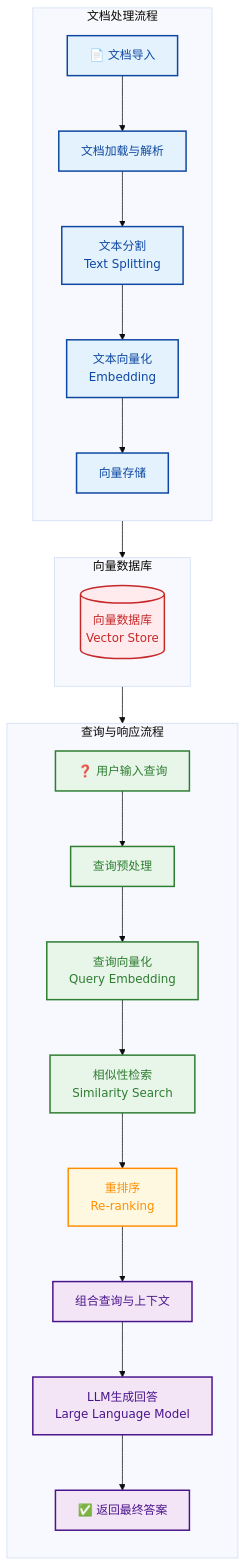
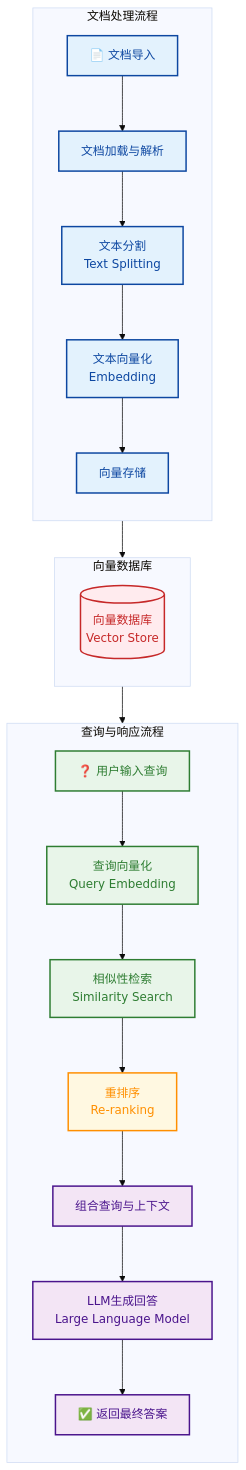
Before and after one commit to Anthonybuer182/ai-chat-rag: the diagram in README.md, drawn with Mermaid (base theme). The commit also changed other lines of this file, not shown here.

````diff
--- a/README.md
+++ b/README.md
@@ -145,49 +145,48 @@
 ```mermaid
 flowchart TD
     %% 左侧列 - 文档处理流程
     subgraph LeftColumn [文档处理流程]
         direction TB
         A1[📄 文档导入] --> A2[文档加载与解析]
         A2 --> A3[文本分割<br>Text Splitting]
         A3 --> A4[文本向量化<br>Embedding]
         A4 --> A5[向量存储]
     end
 
     %% 中间列 - 向量数据库
     subgraph MiddleColumn [向量数据库]
         direction TB
         DB[(向量数据库<br>Vector Store)]
     end
     
     %% 右侧列 - 查询与响应流程
     subgraph RightColumn [查询与响应流程]
         direction TB
-        B1[❓ 用户输入查询] --> B2[查询预处理]
-        B2 --> B3[查询向量化<br>Query Embedding]
+        B1[❓ 用户输入查询] --> B3[查询向量化<br>Query Embedding]
         B3 --> B4[相似性检索<br>Similarity Search]
         B4 --> C1[重排序<br>Re-ranking]
         C1 --> D1[组合查询与上下文]
         D1 --> D2[LLM生成回答<br>Large Language Model]
         D2 --> D3[✅ 返回最终答案]
     end
     
     %% 连接左侧和中间列
     A5 --> DB
     
     %% 连接中间列和右侧列
     DB --> B4
     
     %% 样式定义
     classDef docProcess fill:#E3F2FD,stroke:#0D47A1,stroke-width:2px,color:#0D47A1;
     classDef vectorDB fill:#FFEBEE,stroke:#C62828,stroke-width:2px,color:#C62828;
     classDef queryProcess fill:#E8F5E9,stroke:#2E7D32,stroke-width:2px,color:#2E7D32;
     classDef rerankProcess fill:#FFF8E1,stroke:#FF8F00,stroke-width:2px,color:#FF8F00;
     classDef responseProcess fill:#F3E5F5,stroke:#4A148C,stroke-width:2px,color:#4A148C;
     
     %% 应用样式
     class A1,A2,A3,A4,A5 docProcess;
     class DB vectorDB;
     class B1,B2,B3,B4 queryProcess;
     class C1,C2 rerankProcess;
     class D1,D2,D3 responseProcess;
 ```
````
